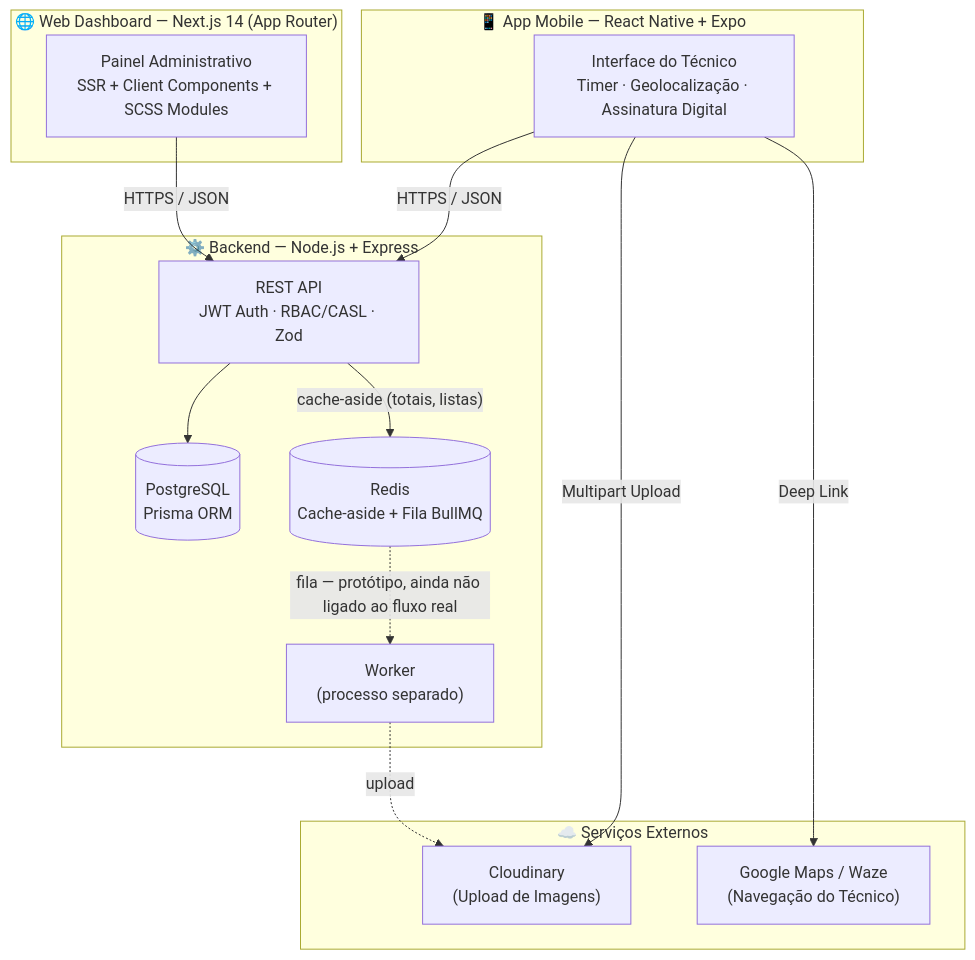
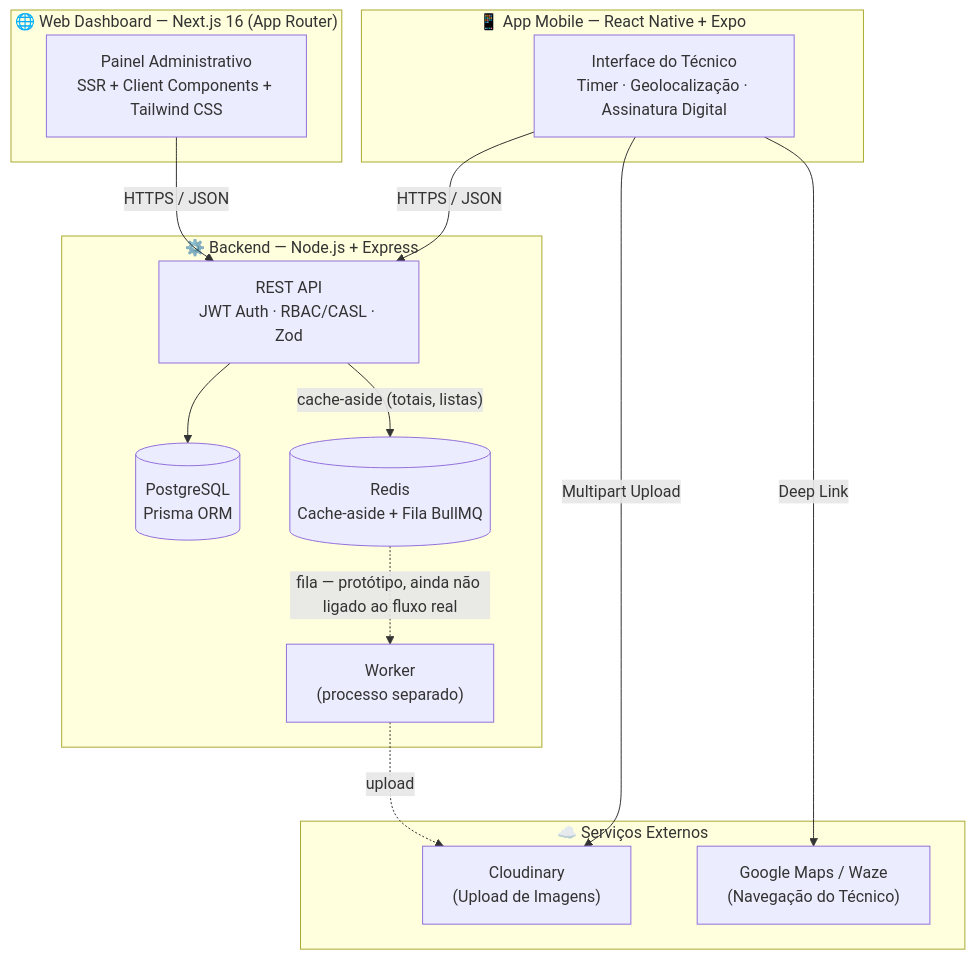
Before and after one commit to pablo-cruzbr/Fire-OS-Service-Order-SaaS: the diagram in README.md, drawn with Mermaid. The commit also changed other lines of this file and 2 other files, not shown here.

First line of the commit message:
docs: rename the project to Ordem Next in README, backend and app name

````diff
--- a/README.md
+++ b/README.md
@@ -60,31 +64,31 @@
 ```mermaid
 graph TB
-  subgraph Web["🌐 Web Dashboard — Next.js 14 (App Router)"]
-    FE["Painel Administrativo<br/>SSR + Client Components + SCSS Modules"]
+  subgraph Web["🌐 Web Dashboard — Next.js 16 (App Router)"]
+    FE["Painel Administrativo<br/>SSR + Client Components + Tailwind CSS"]
   end
 
   subgraph Mobile["📱 App Mobile — React Native + Expo"]
     APP["Interface do Técnico<br/>Timer · Geolocalização · Assinatura Digital"]
   end
 
   subgraph Backend["⚙️ Backend — Node.js + Express"]
     API["REST API<br/>JWT Auth · RBAC/CASL · Zod"]
     DB[("PostgreSQL<br/>Prisma ORM")]
     REDIS[("Redis<br/>Cache-aside + Fila BullMQ")]
     WORKER["Worker<br/>(processo separado)"]
   end
 
   subgraph External["☁️ Serviços Externos"]
     CDN["Cloudinary<br/>(Upload de Imagens)"]
     MAPS["Google Maps / Waze<br/>(Navegação do Técnico)"]
   end
 
   FE  -->|"HTTPS / JSON"| API
   APP -->|"HTTPS / JSON"| API
   API --> DB
   API -->|"cache-aside (totais, listas)"| REDIS
   REDIS -.->|"fila — protótipo, ainda não ligado ao fluxo real"| WORKER
   WORKER -.->|"upload"| CDN
   APP -->|"Multipart Upload"| CDN
   APP -->|"Deep Link"| MAPS
 ```
````
